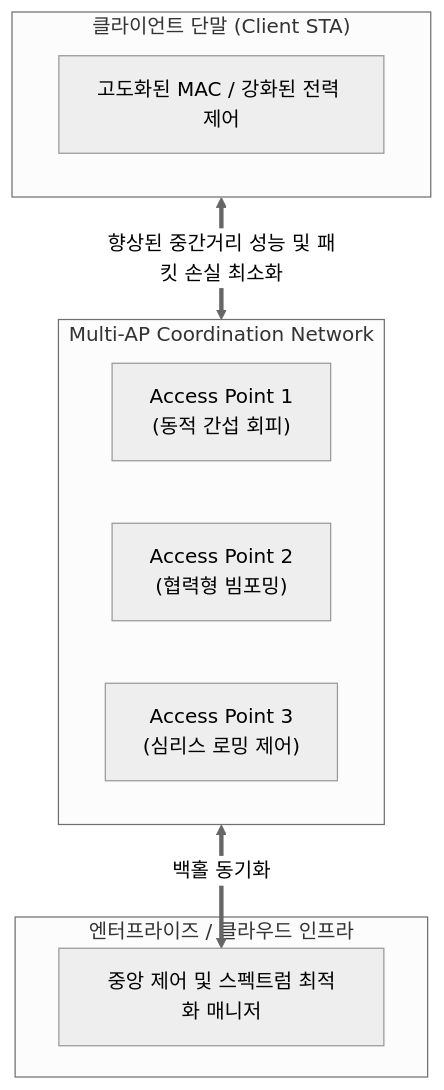
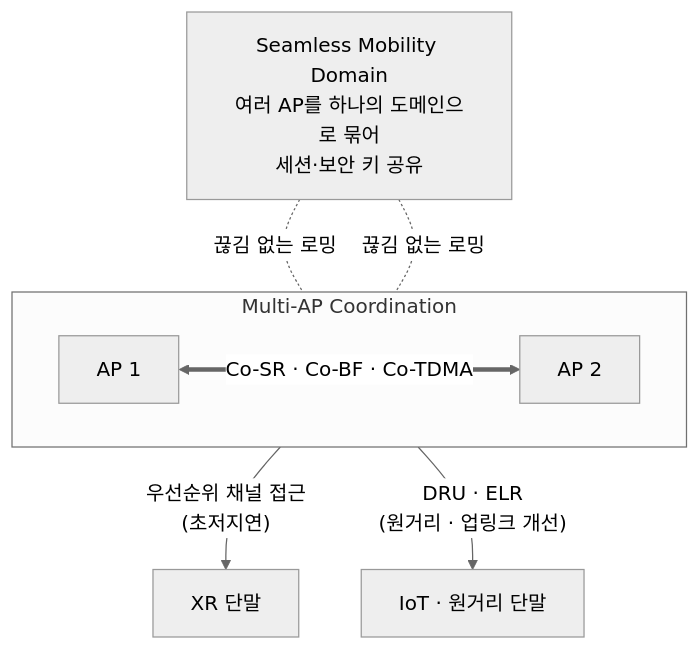
One commit to supremethumb/supremethumb.github.io changed the diagram in content/01_IT Tech/Wi-Fi 8.md. Above: the diagram before and after it, drawn with Mermaid (neutral theme). The commit also changed other lines of this file and 1087 other files, not shown here.

````diff
--- a/content/01_IT Tech/Wi-Fi 8.md
+++ b/content/01_IT Tech/Wi-Fi 8.md
@@ -23,21 +37,12 @@
 ```mermaid
 flowchart TB
-    subgraph Client["클라이언트 단말 (Client STA)"]
-        MAC["고도화된 MAC / 강화된 전력 제어"]
+    SMD["Seamless Mobility Domain<br/>여러 AP를 하나의 도메인으로 묶어<br/>세션·보안 키 공유"]
+    subgraph MAPC["Multi-AP Coordination"]
+        direction LR
+        AP1["AP 1"] <== "Co-SR · Co-BF · Co-TDMA" ==> AP2["AP 2"]
     end
-
-    subgraph MultiAP["Multi-AP Coordination Network"]
-        direction LR
-        AP1["Access Point 1<br/>(동적 간섭 회피)"] 
-        AP2["Access Point 2<br/>(협력형 빔포밍)"]
-        AP3["Access Point 3<br/>(심리스 로밍 제어)"]
-    end
-
-    subgraph Core["엔터프라이즈 / 클라우드 인프라"]
-        MNG["중앙 제어 및 스펙트럼 최적화 매니저"]
-    end
-
-    Client <== "향상된 중간거리 성능 및 패킷 손실 최소화" ==> MultiAP
-    MultiAP <== "백홀 동기화" ==> MNG
-
+    SMD -. "끊김 없는 로밍" .- AP1
+    SMD -. "끊김 없는 로밍" .- AP2
+    AP1 -- "우선순위 채널 접근<br/>(초저지연)" --> STA1["XR 단말"]
+    AP2 -- "DRU · ELR<br/>(원거리 · 업링크 개선)" --> STA2["IoT · 원거리 단말"]
 ```
````
